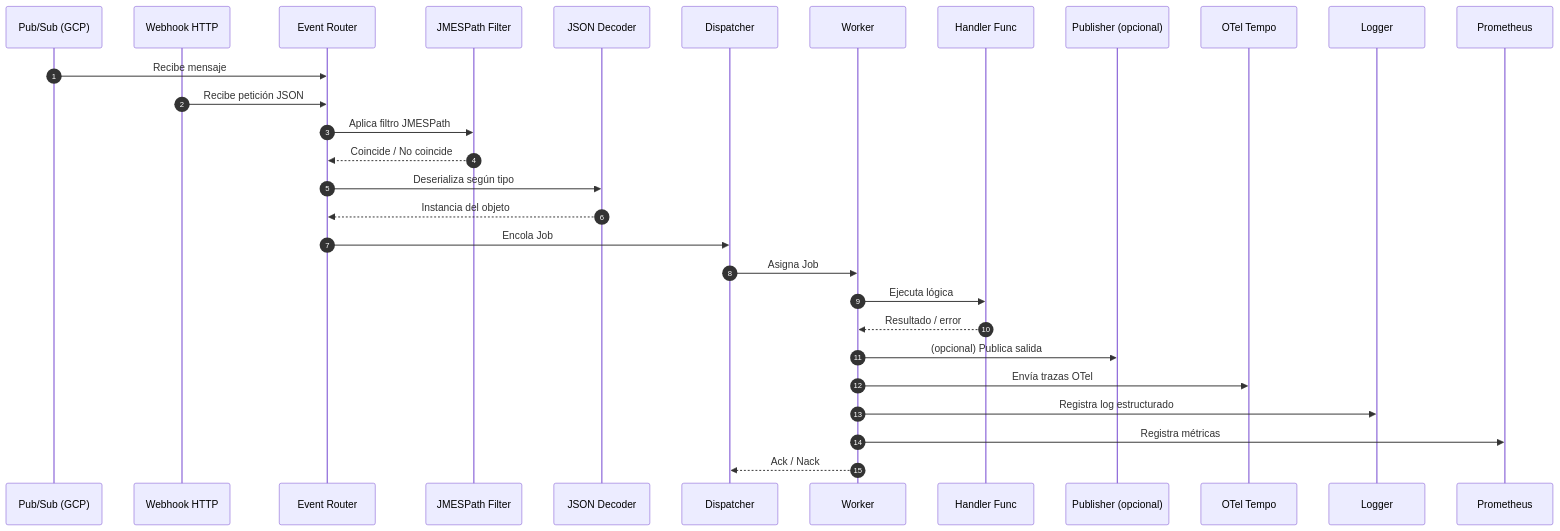
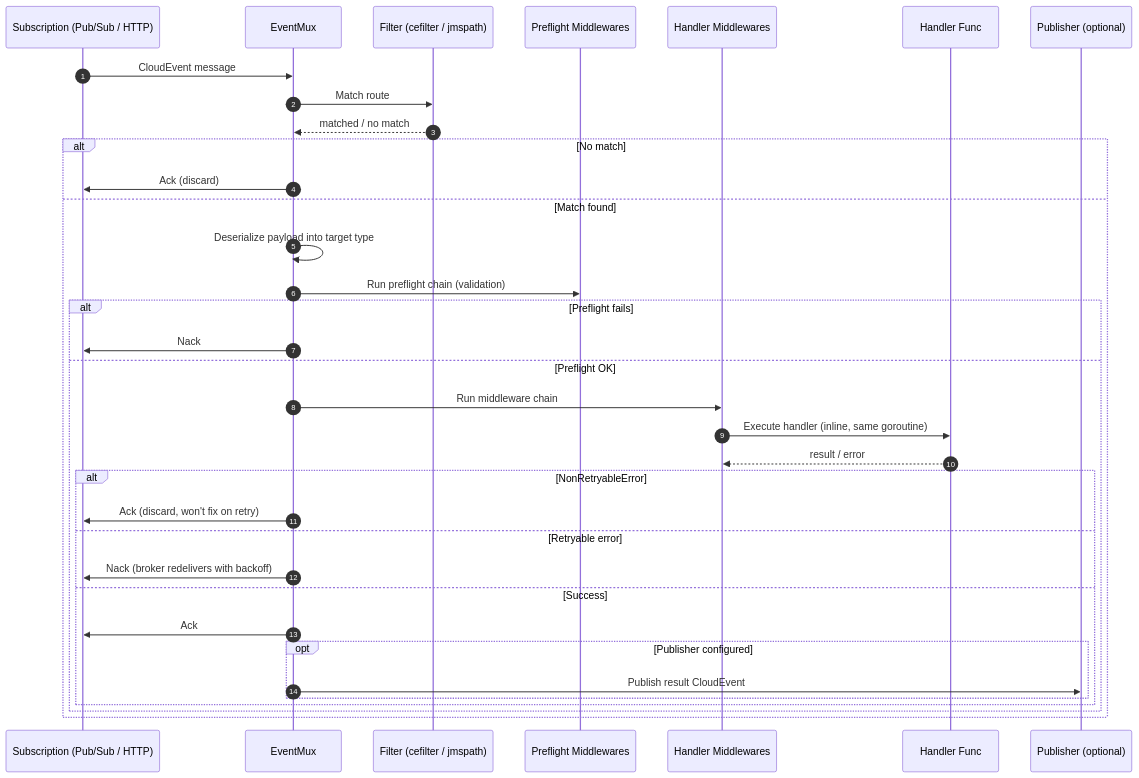
The second of 3 diagrams in README.md (norlis/event-driven), drawn with Mermaid before and after one commit. The commit also changed other lines of this file and 5 other files, not shown here.

````diff
--- a/README.md
+++ b/README.md
@@ -91,38 +106,40 @@
 ```mermaid
 sequenceDiagram
     autonumber
-    participant PubSub as Pub/Sub (GCP)
-    participant Webhook as Webhook HTTP
-    participant Router as Event Router
-    participant Filter as JMESPath Filter
-    participant Decoder as JSON Decoder
-    participant Dispatcher as Dispatcher
-    participant Worker as Worker
+    participant Broker as Subscription (Pub/Sub / HTTP)
+    participant Mux as EventMux
+    participant Filter as Filter (cefilter / jmspath)
+    participant Preflight as Preflight Middlewares
+    participant MW as Handler Middlewares
     participant Handler as Handler Func
-    participant Publisher as Publisher (opcional)
-    participant Tempo as OTel Tempo
-    participant Zap as Logger
-    participant Prom as Prometheus
+    participant Pub as Publisher (optional)
 
-    PubSub->>Router: Recibe mensaje
-    Webhook->>Router: Recibe petición JSON
+    Broker->>Mux: CloudEvent message
+    Mux->>Filter: Match route
+    Filter-->>Mux: matched / no match
 
-    Router->>Filter: Aplica filtro JMESPath
-    Filter-->>Router: Coincide / No coincide
+    alt No match
+        Mux->>Broker: Ack (discard)
+    else Match found
+        Mux->>Mux: Deserialize payload into target type
+        Mux->>Preflight: Run preflight chain (validation)
+        alt Preflight fails
+            Mux->>Broker: Nack
+        else Preflight OK
+            Mux->>MW: Run middleware chain
+            MW->>Handler: Execute handler (inline, same goroutine)
+            Handler-->>MW: result / error
 
-    Router->>Decoder: Deserializa según tipo
-    Decoder-->>Router: Instancia del objeto
-
-    Router->>Dispatcher: Encola Job
-
-    Dispatcher->>Worker: Asigna Job
-    Worker->>Handler: Ejecuta lógica
-    Handler-->>Worker: Resultado / error
-
-    Worker->>Publisher: (opcional) Publica salida
-    Worker->>Tempo: Envía trazas OTel
-    Worker->>Zap: Registra log estructurado
-    Worker->>Prom: Registra métricas
-
-    Worker-->>Dispatcher: Ack / Nack
+            alt NonRetryableError
+                Mux->>Broker: Ack (discard, won't fix on retry)
+            else Retryable error
+                Mux->>Broker: Nack (broker redelivers with backoff)
+            else Success
+                Mux->>Broker: Ack
+                opt Publisher configured
+                    Mux->>Pub: Publish result CloudEvent
+                end
+            end
+        end
+    end
 ```
````
